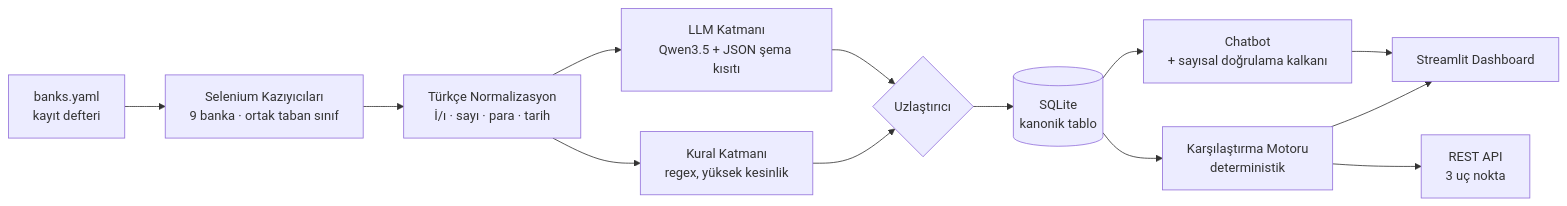
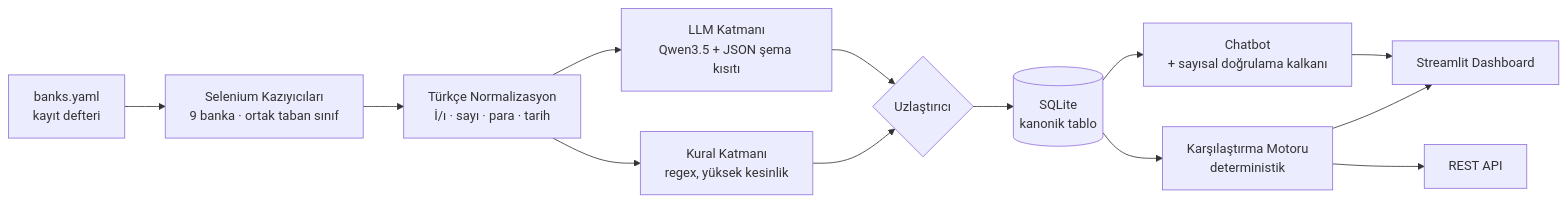
Before and after one commit to erenkendir722/ai-agent-nlp: the diagram in README.md, drawn with Mermaid. The commit also changed other lines of this file and 117 other files, not shown here.

````diff
--- a/README.md
+++ b/README.md
@@ -33,15 +59,15 @@
 ```mermaid
 flowchart LR
     A[banks.yaml<br/>kayıt defteri] --> B[Selenium Kazıyıcıları<br/>9 banka · ortak taban sınıf]
     B --> C[Türkçe Normalizasyon<br/>İ/ı · sayı · para · tarih]
     C --> D1[Kural Katmanı<br/>regex, yüksek kesinlik]
     C --> D2[LLM Katmanı<br/>Qwen3.5 + JSON şema kısıtı]
     D1 --> E{Uzlaştırıcı}
     D2 --> E
     E --> F[(SQLite<br/>kanonik tablo)]
     F --> G[Karşılaştırma Motoru<br/>deterministik]
     F --> H[Chatbot<br/>+ sayısal doğrulama kalkanı]
     G --> I[Streamlit Dashboard]
     H --> I
-    G --> J[REST API<br/>3 uç nokta]
+    G --> J[REST API]
 ```
````
